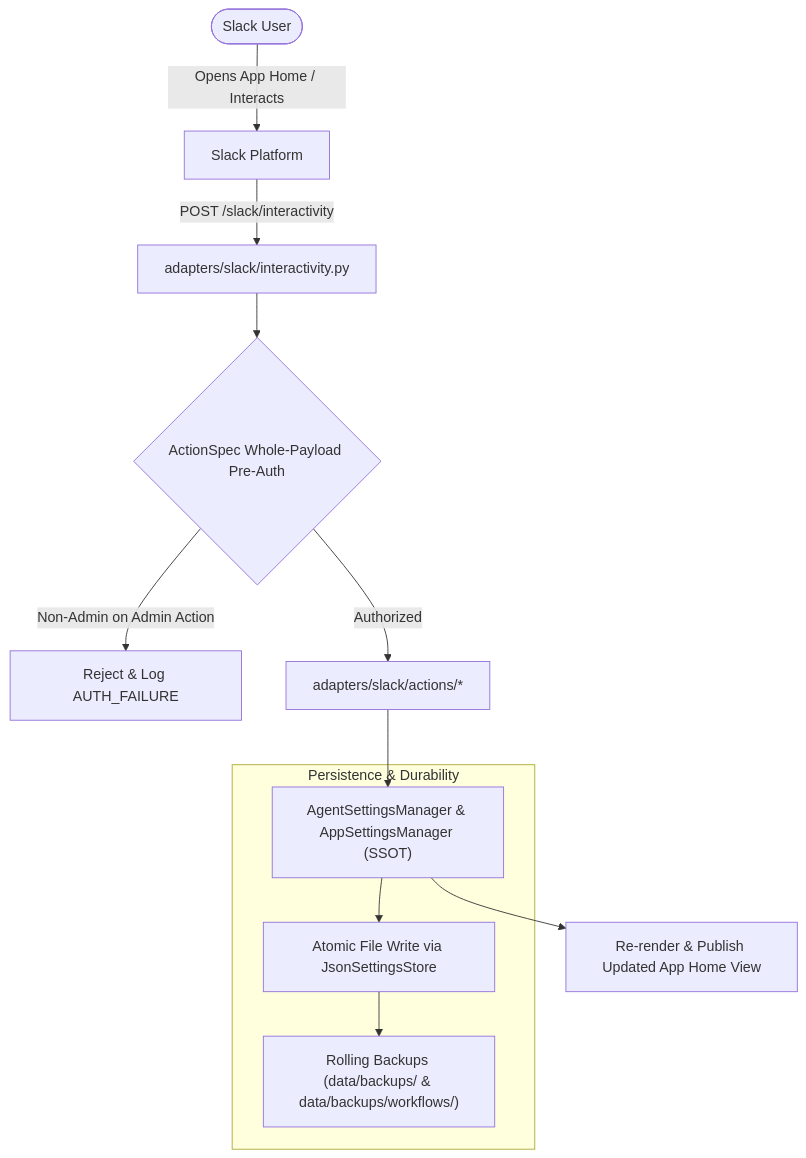
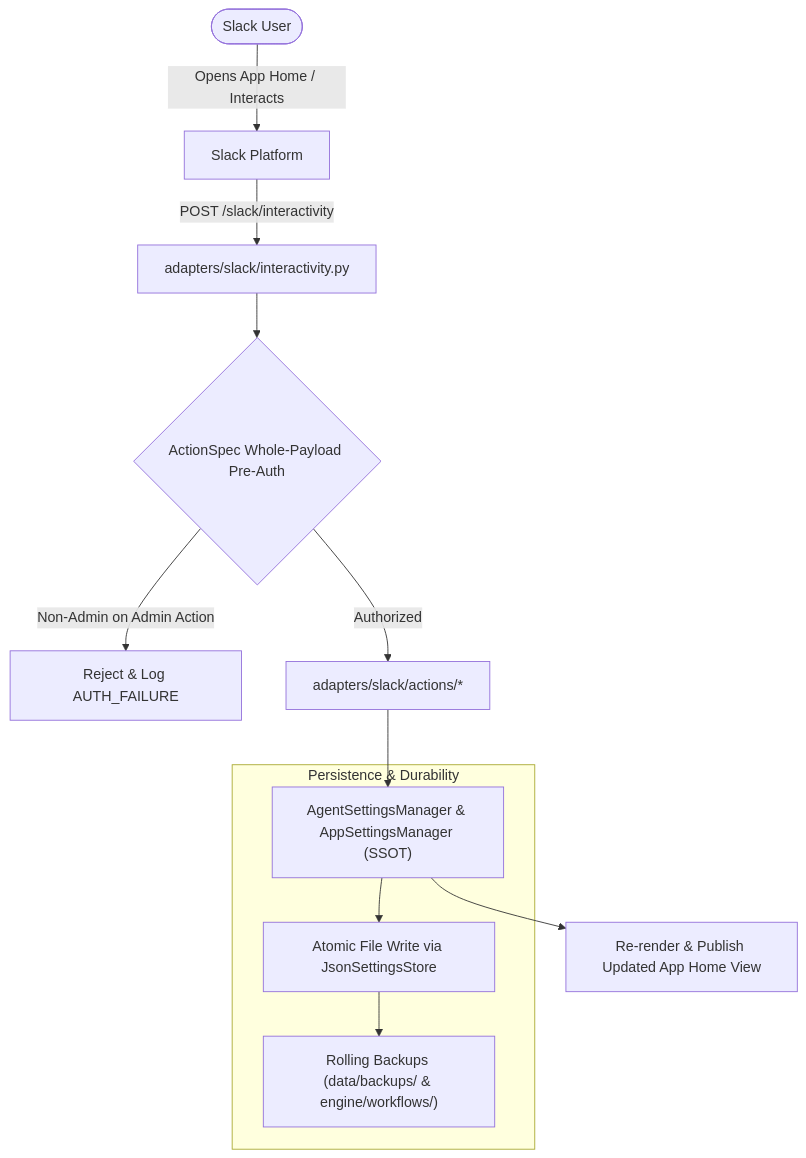
Before and after one commit to BranMik/Izvor: the diagram in docs/administration-and-security/slack-app-home.md, drawn with Mermaid. The commit also changed other lines of this file and 15 other files, not shown here.

Commit message:
docs: add 3-tier config, engine, and data architecture guide and instructions

````diff
--- a/docs/administration-and-security/slack-app-home.md
+++ b/docs/administration-and-security/slack-app-home.md
@@ -16,16 +16,16 @@
 ```mermaid
 graph TD
     SlackUser([Slack User]) -->|Opens App Home / Interacts| SlackAPI[Slack Platform]
     SlackAPI -->|POST /slack/interactivity| InteractivityHandler["adapters/slack/interactivity.py"]
     InteractivityHandler --> ActionSpecGate{"ActionSpec Whole-Payload Pre-Auth"}
     ActionSpecGate -->|Non-Admin on Admin Action| RejectBlock["Reject & Log AUTH_FAILURE"]
     ActionSpecGate -->|Authorized| ActionModules["adapters/slack/actions/*"]
     ActionModules --> SettingsMgr["AgentSettingsManager & AppSettingsManager (SSOT)"]
     
     subgraph Persistence & Durability
         SettingsMgr --> AtomicWrite["Atomic File Write via JsonSettingsStore"]
-        AtomicWrite --> EmergencyBackup["Rolling Backups (data/backups/ & data/backups/workflows/)"]
+        AtomicWrite --> EmergencyBackup["Rolling Backups (data/backups/ & engine/workflows/)"]
     end
     
     SettingsMgr --> RePublish["Re-render & Publish Updated App Home View"]
 ```
````
